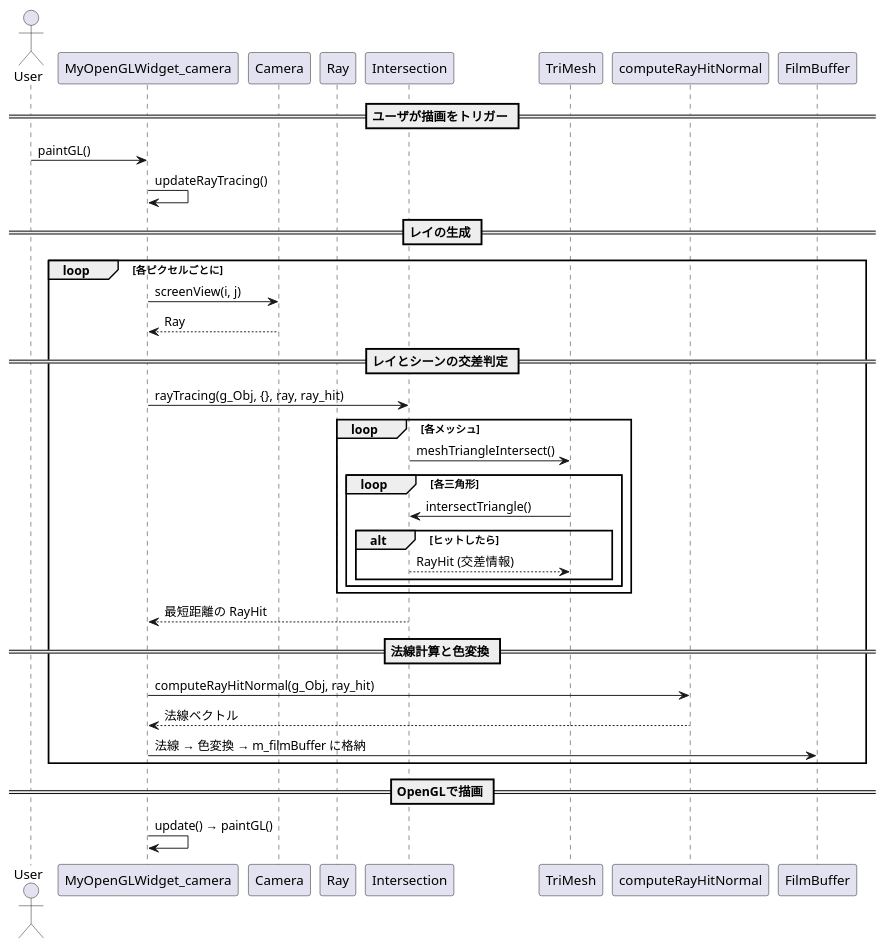
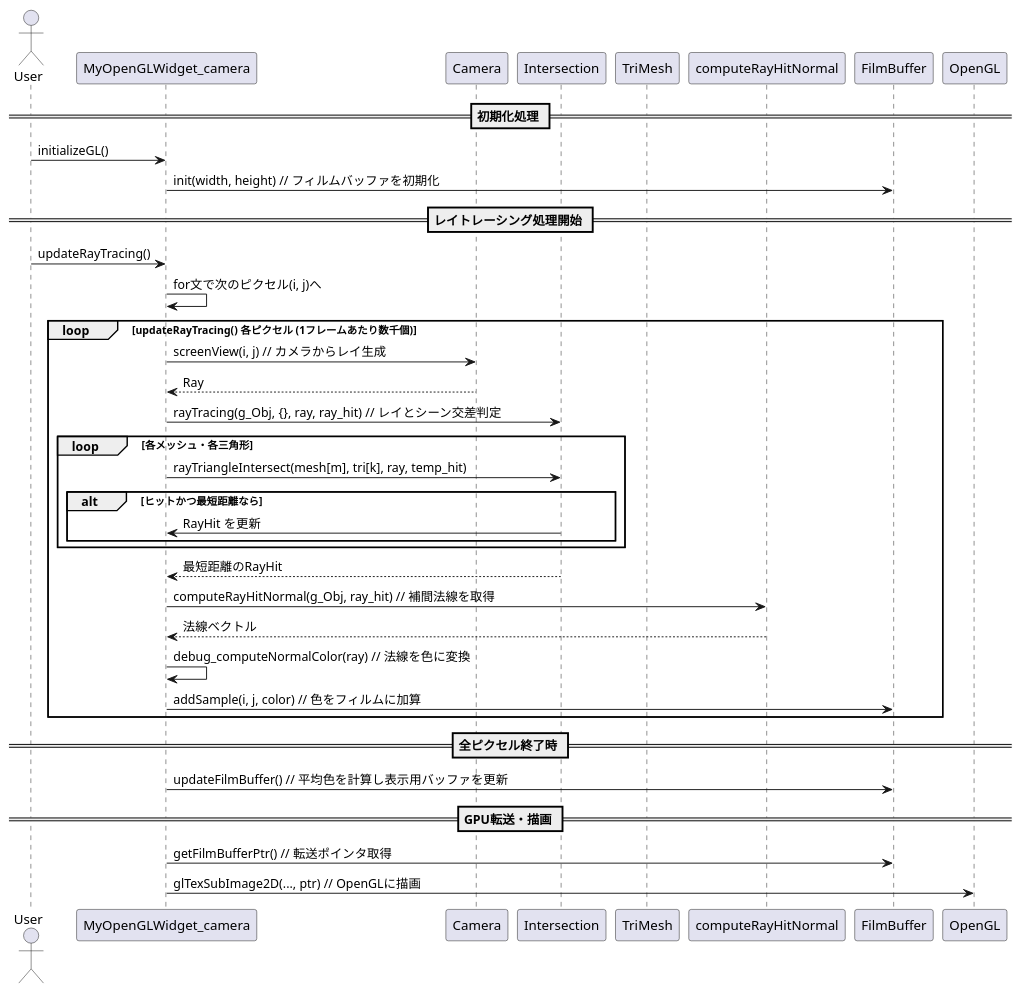
Before and after one commit to ChihiroYamashita/cg-repo: the first of 3 diagrams in Doxygen/memo_wip_raytracing.md, drawn with PlantUML. The commit also changed other lines of this file and 356 other files, not shown here.

```diff
--- a/Doxygen/memo_wip_raytracing.md
+++ b/Doxygen/memo_wip_raytracing.md
@@ -52,44 +66,47 @@
 @startuml
 actor User
-
 participant MyOpenGLWidget_camera
 participant Camera
-participant Ray
 participant Intersection
 participant TriMesh
 participant Geometry as "computeRayHitNormal"
 participant FilmBuffer
+participant OpenGL
 
-== ユーザが描画をトリガー ==
-User -> MyOpenGLWidget_camera : paintGL()
-MyOpenGLWidget_camera -> MyOpenGLWidget_camera : updateRayTracing()
+== 初期化処理 ==
+User -> MyOpenGLWidget_camera : initializeGL()
+MyOpenGLWidget_camera -> FilmBuffer : init(width, height) // フィルムバッファを初期化
 
-== レイの生成 ==
-loop 各ピクセルごとに
-    MyOpenGLWidget_camera -> Camera : screenView(i, j)
+== レイトレーシング処理開始 ==
+User -> MyOpenGLWidget_camera : updateRayTracing()
+MyOpenGLWidget_camera -> MyOpenGLWidget_camera : for文で次のピクセル(i, j)へ
+
+loop updateRayTracing() 各ピクセル (1フレームあたり数千個)
+    MyOpenGLWidget_camera -> Camera : screenView(i, j) // カメラからレイ生成
     Camera --> MyOpenGLWidget_camera : Ray
 
-== レイとシーンの交差判定 ==
-    MyOpenGLWidget_camera -> Intersection : rayTracing(g_Obj, {}, ray, ray_hit)
+    MyOpenGLWidget_camera -> Intersection : rayTracing(g_Obj, {}, ray, ray_hit) // レイとシーン交差判定
 
-    loop 各メッシュ
-        Intersection -> TriMesh : meshTriangleIntersect()
-        loop 各三角形
-            TriMesh -> Intersection : intersectTriangle()
-            alt ヒットしたら
-                Intersection --> TriMesh : RayHit (交差情報)
-            end
-        end
+    loop 各メッシュ・各三角形
+    MyOpenGLWidget_camera -> Intersection : rayTriangleIntersect(mesh[m], tri[k], ray, temp_hit)
+    alt ヒットかつ最短距離なら
+        Intersection -> MyOpenGLWidget_camera : RayHit を更新
     end
-    Intersection --> MyOpenGLWidget_camera : 最短距離の RayHit
+end
+    Intersection --> MyOpenGLWidget_camera : 最短距離のRayHit
 
-== 法線計算と色変換 ==
-    MyOpenGLWidget_camera -> Geometry : computeRayHitNormal(g_Obj, ray_hit)
+    MyOpenGLWidget_camera -> Geometry : computeRayHitNormal(g_Obj, ray_hit) // 補間法線を取得
     Geometry --> MyOpenGLWidget_camera : 法線ベクトル
 
-    MyOpenGLWidget_camera -> FilmBuffer : 法線 → 色変換 → m_filmBuffer に格納
+    MyOpenGLWidget_camera -> MyOpenGLWidget_camera : debug_computeNormalColor(ray) // 法線を色に変換
+    MyOpenGLWidget_camera -> FilmBuffer : addSample(i, j, color) // 色をフィルムに加算
 end
 
-== OpenGLで描画 ==
-MyOpenGLWidget_camera -> MyOpenGLWidget_camera : update() → paintGL()
+
+== 全ピクセル終了時 ==
+MyOpenGLWidget_camera -> FilmBuffer : updateFilmBuffer() // 平均色を計算し表示用バッファを更新
+
+== GPU転送・描画 ==
+MyOpenGLWidget_camera -> FilmBuffer : getFilmBufferPtr() // 転送ポインタ取得
+MyOpenGLWidget_camera -> OpenGL : glTexSubImage2D(..., ptr) // OpenGLに描画
 @enduml
```
